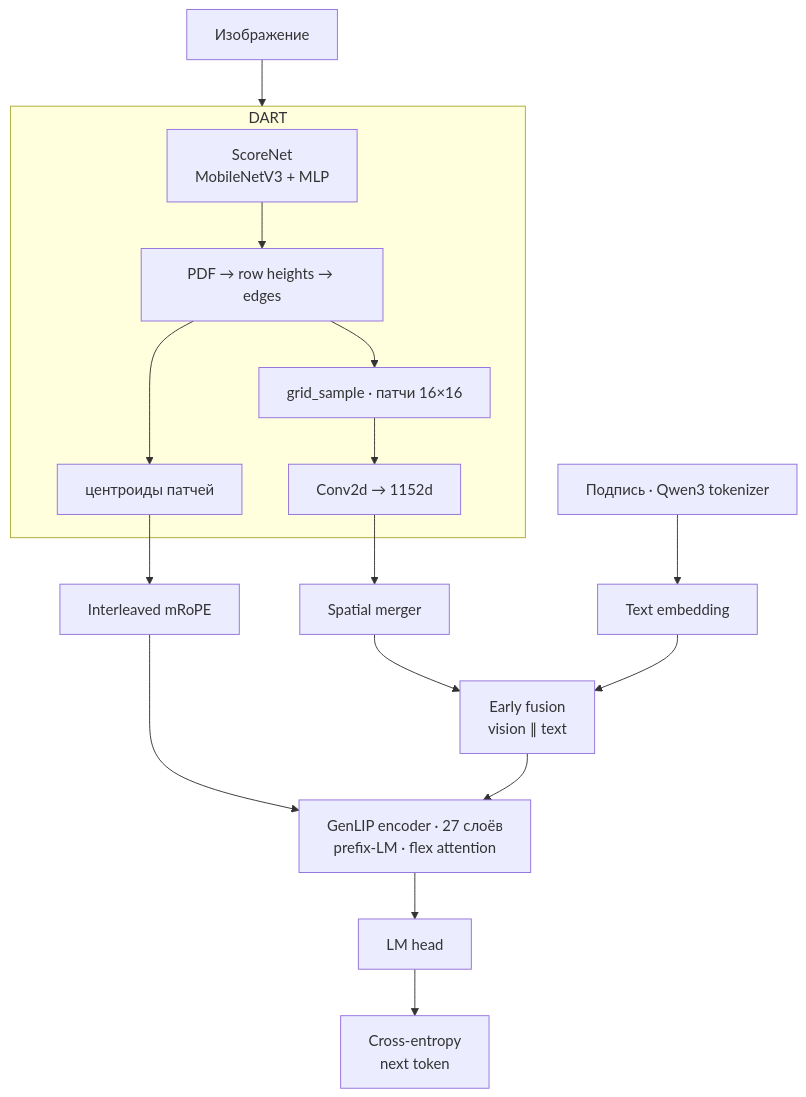
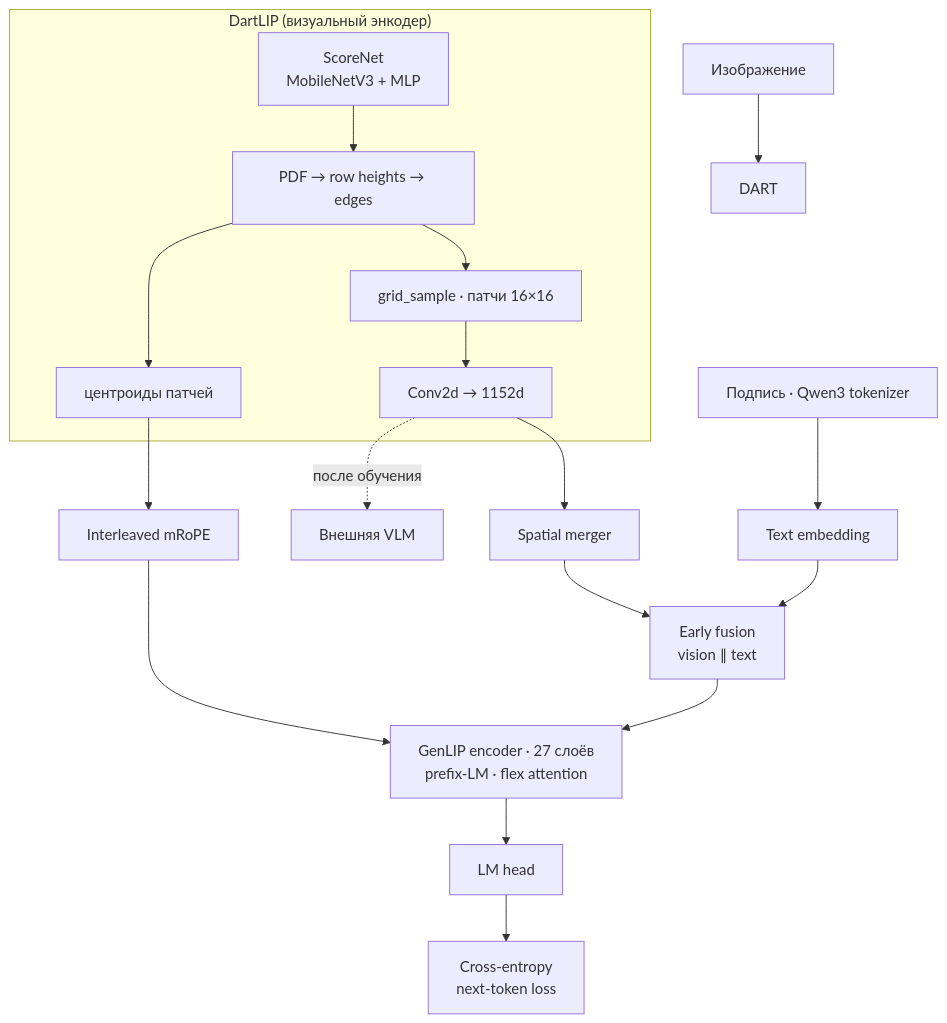
The diagram in README.md (streamferow/DartLIP), drawn with Mermaid before and after one commit. The commit also changed other lines of this file, not shown here.

Commit message:
Reframe DartLIP as a visual encoder trained via GenLIP.

````diff
--- a/README.md
+++ b/README.md
@@ -23,21 +23,23 @@
 ```mermaid
 flowchart TB
     IMG["Изображение"] --> DART
     CAP["Подпись · Qwen3 tokenizer"] --> TEXT["Text embedding"]
 
-    subgraph DART["DART"]
+    subgraph DartLIP["DartLIP (визуальный энкодер)"]
         SN["ScoreNet\nMobileNetV3 + MLP"] --> PDF["PDF → row heights → edges"]
         PDF --> SAMPLE["grid_sample · патчи 16×16"]
         SAMPLE --> PROJ["Conv2d → 1152d"]
         PDF --> CENTERS["центроиды патчей"]
     end
 
     PROJ --> MERGE["Spatial merger"]
     MERGE --> FUSE["Early fusion\nvision ∥ text"]
     TEXT --> FUSE
     CENTERS --> ROPE["Interleaved mRoPE"]
     FUSE --> ENC["GenLIP encoder · 27 слоёв\nprefix-LM · flex attention"]
     ROPE --> ENC
     ENC --> HEAD["LM head"]
-    HEAD --> LOSS["Cross-entropy\nnext token"]
+    HEAD --> LOSS["Cross-entropy\nnext-token loss"]
+
+    PROJ -.->|"после обучения"| VLM["Внешняя VLM"]
 ```
````
